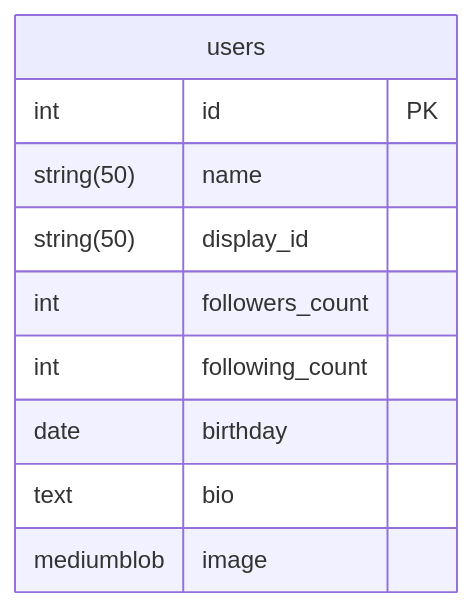
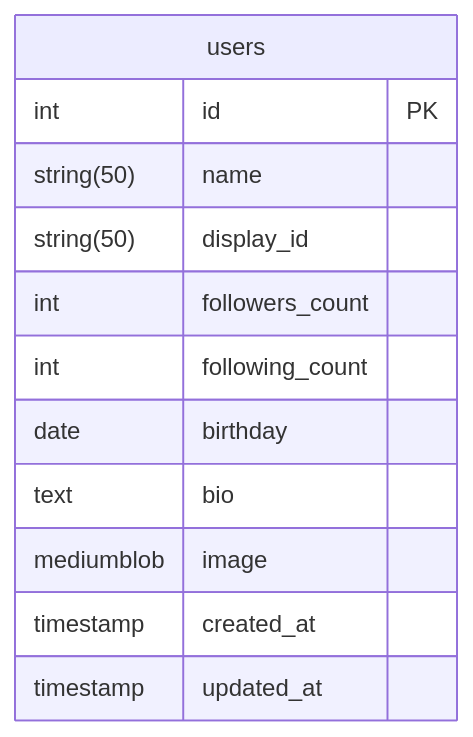
One commit to wakaDnna/A3 changed the diagram in README.md. Above: the diagram before and after it, drawn with Mermaid.

Commit message:
ER図更新 ユーザの作成日時、編集日時を追加

````diff
--- a/README.md
+++ b/README.md
@@ -11,15 +11,17 @@
 ```mermaid
 
 erDiagram
     users{
         int id PK
         string(50) name
         string(50) display_id 
         int followers_count
         int following_count
         date birthday
         text bio
         mediumblob image
+        timestamp created_at
+        timestamp updated_at
     }
 
 ```
````
